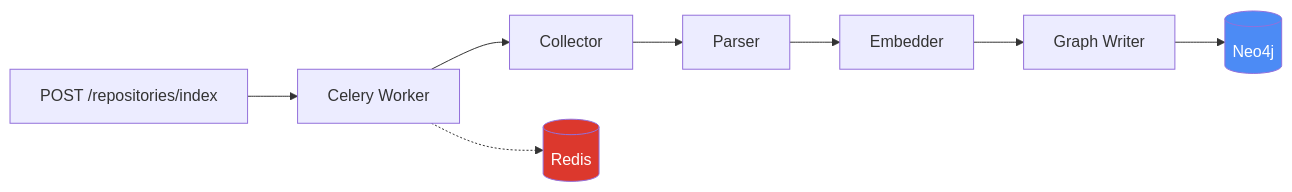
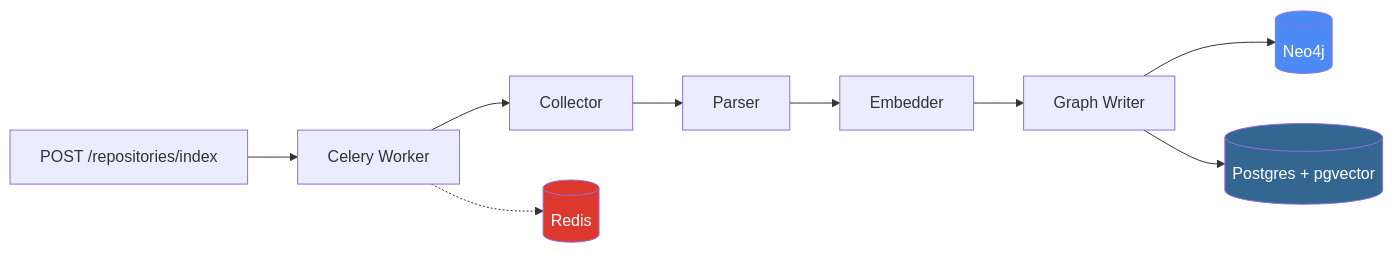
Before and after one commit to sriramdingari/Constellation: the first of 3 diagrams in README.md, drawn with Mermaid. The commit also changed other lines of this file and 10 other files, not shown here.

````diff
--- a/README.md
+++ b/README.md
@@ -9,13 +9,15 @@
 ```mermaid
 graph LR
     A[POST /repositories/index] --> B[Celery Worker]
     B --> C[Collector]
     C --> D[Parser]
     D --> E[Embedder]
     E --> F[Graph Writer]
     F --> G[(Neo4j)]
+    F --> P[(Postgres + pgvector)]
     B -.-> H[(Redis)]
 
     style G fill:#4C8BF5,color:#fff
+    style P fill:#336791,color:#fff
     style H fill:#DC382D,color:#fff
 ```
````
